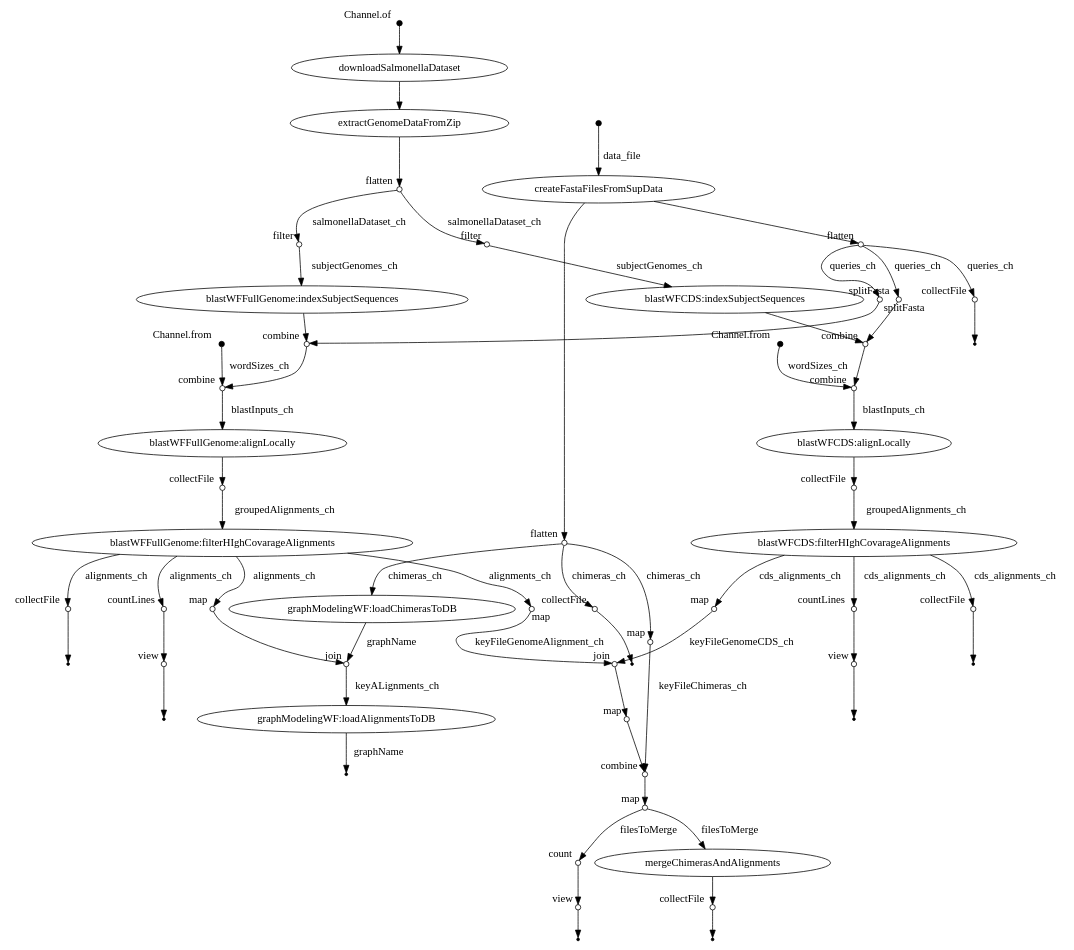
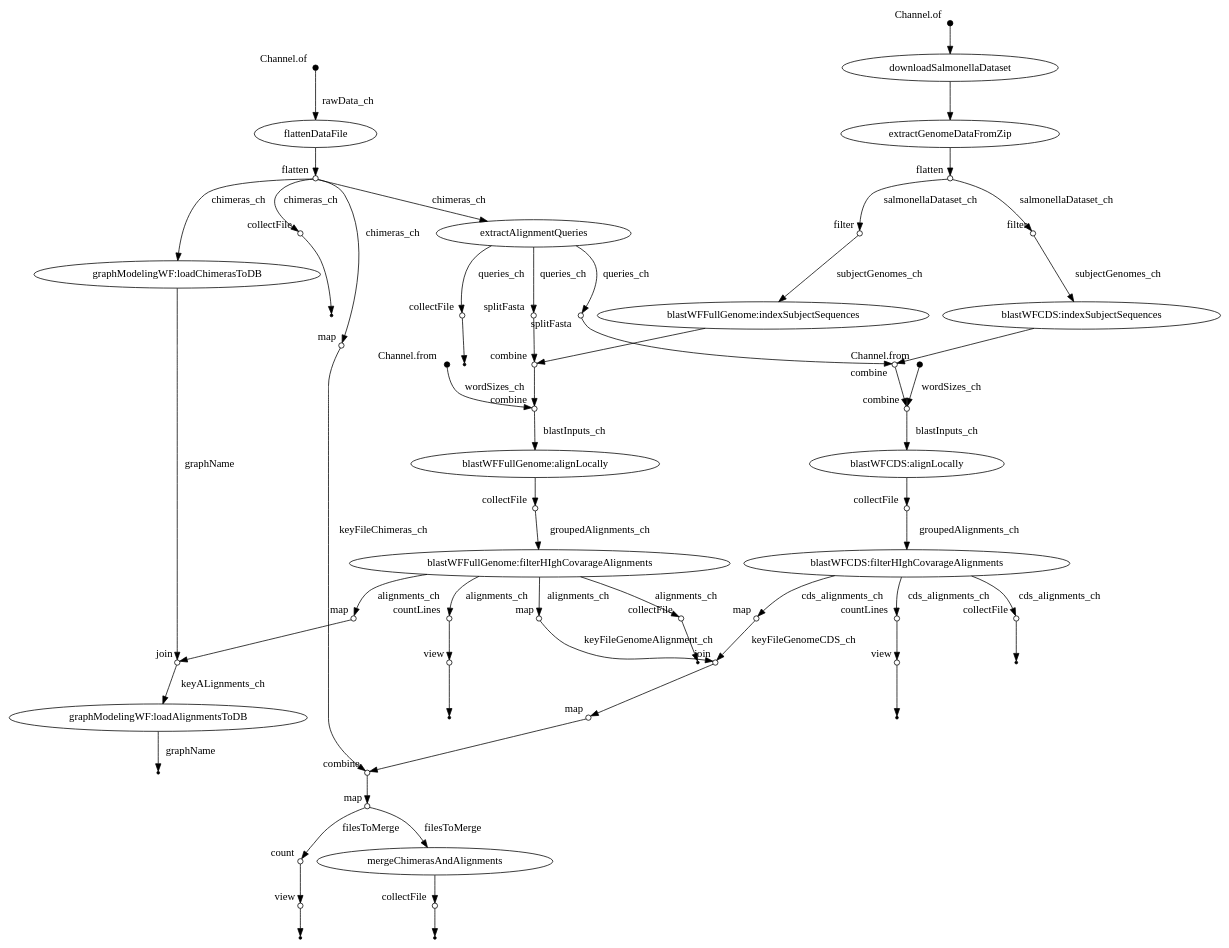
Before and after one commit to mtsz-thiago/sRNAs_Interactomes: the diagram in docs/dag.dot, drawn with Graphviz. The commit also changed 3 other files, not shown here.

```diff
--- a/docs/dag.dot
+++ b/docs/dag.dot
@@ -27,29 +27,29 @@
 v28 [label="blastWFCDS:indexSubjectSequences"];
 v5 -> v28 [label="subjectGenomes_ch"];
 
-v6 [shape=point,label="",fixedsize=true,width=0.1];
-v7 [label="createFastaFilesFromSupData"];
-v6 -> v7 [label="data_file"];
+v6 [shape=point,label="",fixedsize=true,width=0.1,xlabel="Channel.of"];
+v7 [label="flattenDataFile"];
+v6 -> v7 [label="rawData_ch"];
 
-v7 [label="createFastaFilesFromSupData"];
+v7 [label="flattenDataFile"];
 v8 [shape=circle,label="",fixedsize=true,width=0.1,xlabel="flatten"];
 v7 -> v8;
 
-v7 [label="createFastaFilesFromSupData"];
-v9 [shape=circle,label="",fixedsize=true,width=0.1,xlabel="flatten"];
-v7 -> v9;
+v8 [shape=circle,label="",fixedsize=true,width=0.1,xlabel="flatten"];
+v9 [shape=circle,label="",fixedsize=true,width=0.1,xlabel="collectFile"];
+v8 -> v9 [label="chimeras_ch"];
+
+v9 [shape=circle,label="",fixedsize=true,width=0.1,xlabel="collectFile"];
+v10 [shape=point];
+v9 -> v10;
 
 v8 [shape=circle,label="",fixedsize=true,width=0.1,xlabel="flatten"];
-v10 [shape=circle,label="",fixedsize=true,width=0.1,xlabel="collectFile"];
-v8 -> v10 [label="queries_ch"];
+v11 [label="extractAlignmentQueries"];
+v8 -> v11 [label="chimeras_ch"];
 
-v9 [shape=circle,label="",fixedsize=true,width=0.1,xlabel="flatten"];
+v11 [label="extractAlignmentQueries"];
 v12 [shape=circle,label="",fixedsize=true,width=0.1,xlabel="collectFile"];
-v9 -> v12 [label="chimeras_ch"];
-
-v10 [shape=circle,label="",fixedsize=true,width=0.1,xlabel="collectFile"];
-v11 [shape=point];
-v10 -> v11;
+v11 -> v12 [label="queries_ch"];
 
 v12 [shape=circle,label="",fixedsize=true,width=0.1,xlabel="collectFile"];
 v13 [shape=point];
@@ -63,9 +63,9 @@
 v17 [shape=circle,label="",fixedsize=true,width=0.1,xlabel="combine"];
 v15 -> v17;
 
-v8 [shape=circle,label="",fixedsize=true,width=0.1,xlabel="flatten"];
+v11 [label="extractAlignmentQueries"];
 v16 [shape=circle,label="",fixedsize=true,width=0.1,xlabel="splitFasta"];
-v8 -> v16 [label="queries_ch"];
+v11 -> v16 [label="queries_ch"];
 
 v16 [shape=circle,label="",fixedsize=true,width=0.1,xlabel="splitFasta"];
 v17 [shape=circle,label="",fixedsize=true,width=0.1,xlabel="combine"];
@@ -115,9 +115,9 @@
 v30 [shape=circle,label="",fixedsize=true,width=0.1,xlabel="combine"];
 v28 -> v30;
 
-v8 [shape=circle,label="",fixedsize=true,width=0.1,xlabel="flatten"];
+v11 [label="extractAlignmentQueries"];
 v29 [shape=circle,label="",fixedsize=true,width=0.1,xlabel="splitFasta"];
-v8 -> v29 [label="queries_ch"];
+v11 -> v29 [label="queries_ch"];
 
 v29 [shape=circle,label="",fixedsize=true,width=0.1,xlabel="splitFasta"];
 v30 [shape=circle,label="",fixedsize=true,width=0.1,xlabel="combine"];
@@ -159,9 +159,9 @@
 v39 [shape=point];
 v38 -> v39;
 
-v9 [shape=circle,label="",fixedsize=true,width=0.1,xlabel="flatten"];
+v8 [shape=circle,label="",fixedsize=true,width=0.1,xlabel="flatten"];
 v40 [label="graphModelingWF:loadChimerasToDB"];
-v9 -> v40 [label="chimeras_ch"];
+v8 -> v40 [label="chimeras_ch"];
 
 v40 [label="graphModelingWF:loadChimerasToDB"];
 v42 [shape=circle,label="",fixedsize=true,width=0.1,xlabel="join"];
@@ -199,9 +199,9 @@
 v48 [shape=circle,label="",fixedsize=true,width=0.1,xlabel="join"];
 v46 -> v48 [label="keyFileGenomeCDS_ch"];
 
-v9 [shape=circle,label="",fixedsize=true,width=0.1,xlabel="flatten"];
+v8 [shape=circle,label="",fixedsize=true,width=0.1,xlabel="flatten"];
 v47 [shape=circle,label="",fixedsize=true,width=0.1,xlabel="map"];
-v9 -> v47 [label="chimeras_ch"];
+v8 -> v47 [label="chimeras_ch"];
 
 v47 [shape=circle,label="",fixedsize=true,width=0.1,xlabel="map"];
 v50 [shape=circle,label="",fixedsize=true,width=0.1,xlabel="combine"];
```
